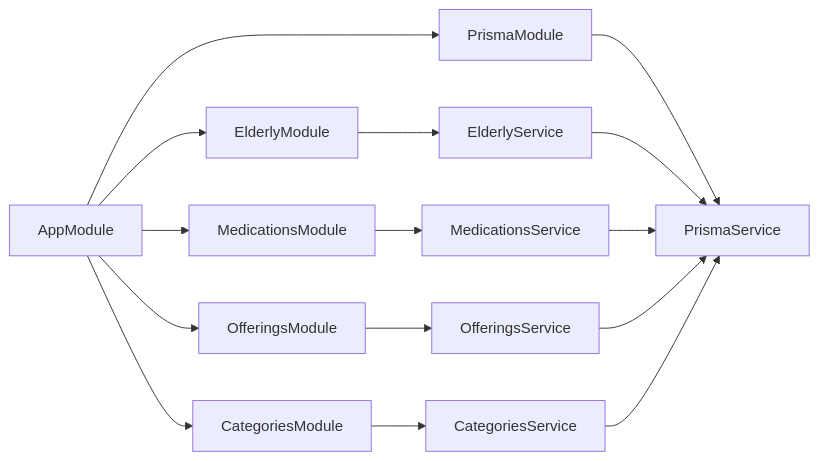
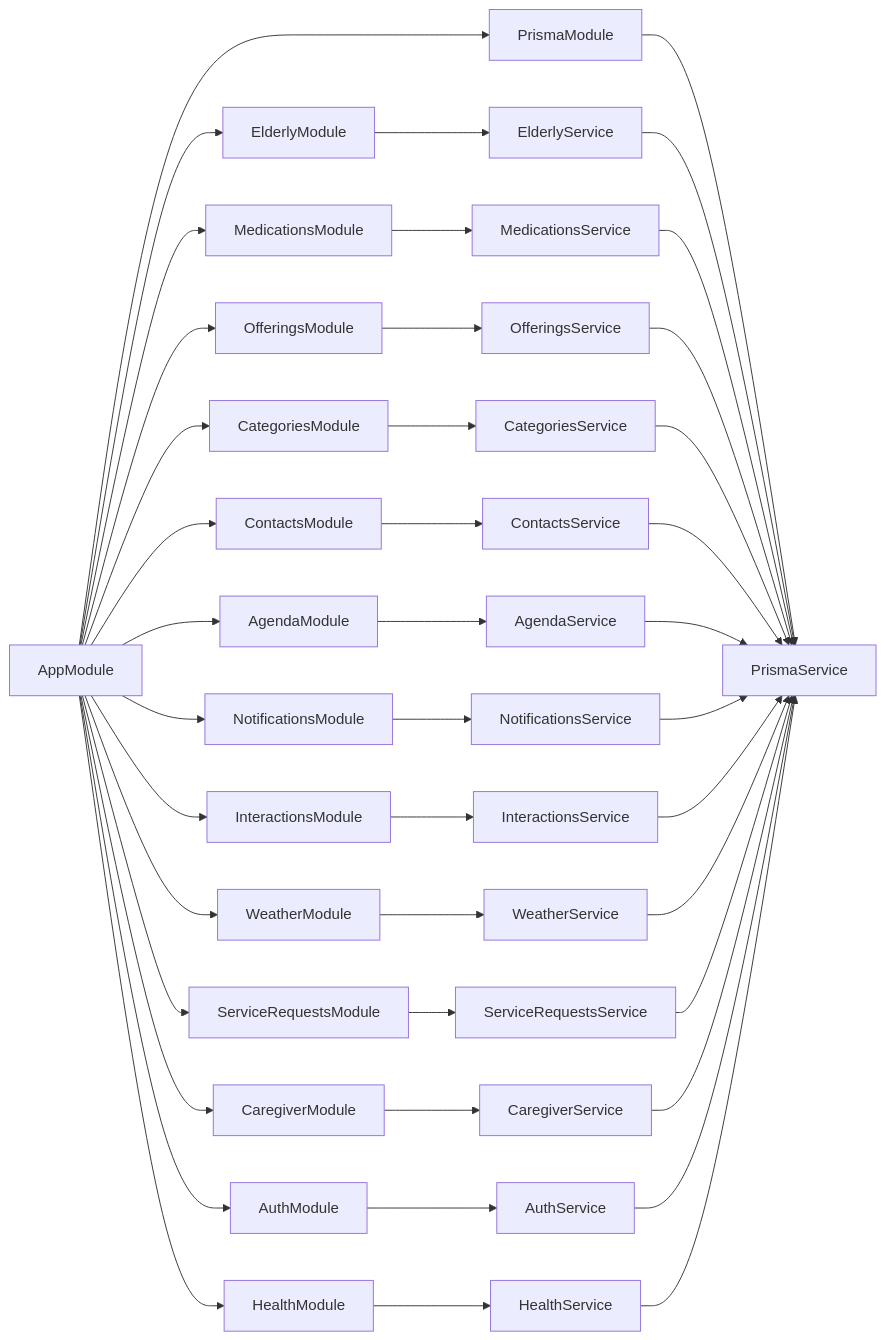
Before and after one commit to jairosouza67/99-Pai: the seventh of 7 diagrams in .qoder/repowiki/en/content/Database Schema & Data Models.md, drawn with Mermaid. The commit also changed other lines of this file and 17 other files, not shown here.

````diff
--- a/.qoder/repowiki/en/content/Database Schema & Data Models.md
+++ b/.qoder/repowiki/en/content/Database Schema & Data Models.md
@@ -472,17 +548,44 @@
 ```mermaid
 graph LR
 AppModule --> PrismaModule
 AppModule --> ElderlyModule
 AppModule --> MedicationsModule
 AppModule --> OfferingsModule
 AppModule --> CategoriesModule
+AppModule --> ContactsModule
+AppModule --> AgendaModule
+AppModule --> NotificationsModule
+AppModule --> InteractionsModule
+AppModule --> WeatherModule
+AppModule --> ServiceRequestsModule
+AppModule --> CaregiverModule
+AppModule --> AuthModule
+AppModule --> HealthModule
 PrismaModule --> PrismaService
 ElderlyModule --> ElderlyService
 MedicationsModule --> MedicationsService
 OfferingsModule --> OfferingsService
 CategoriesModule --> CategoriesService
+ContactsModule --> ContactsService
+AgendaModule --> AgendaService
+NotificationsModule --> NotificationsService
+InteractionsModule --> InteractionsService
+WeatherModule --> WeatherService
+ServiceRequestsModule --> ServiceRequestsService
+CaregiverModule --> CaregiverService
+AuthModule --> AuthService
+HealthModule --> HealthService
 ElderlyService --> PrismaService
 MedicationsService --> PrismaService
 OfferingsService --> PrismaService
 CategoriesService --> PrismaService
+ContactsService --> PrismaService
+AgendaService --> PrismaService
+NotificationsService --> PrismaService
+InteractionsService --> PrismaService
+WeatherService --> PrismaService
+ServiceRequestsService --> PrismaService
+CaregiverService --> PrismaService
+AuthService --> PrismaService
+HealthService --> PrismaService
 ```
````
